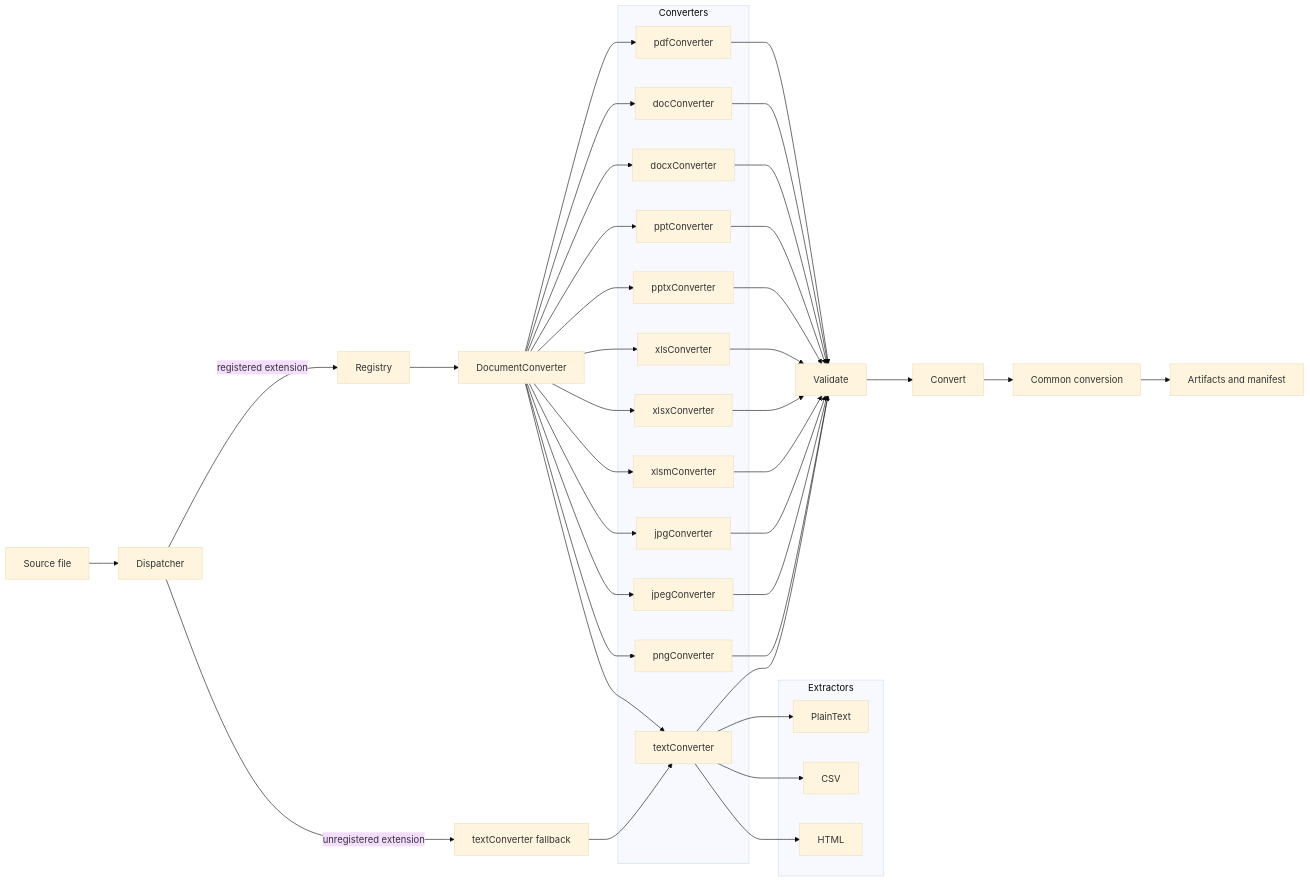
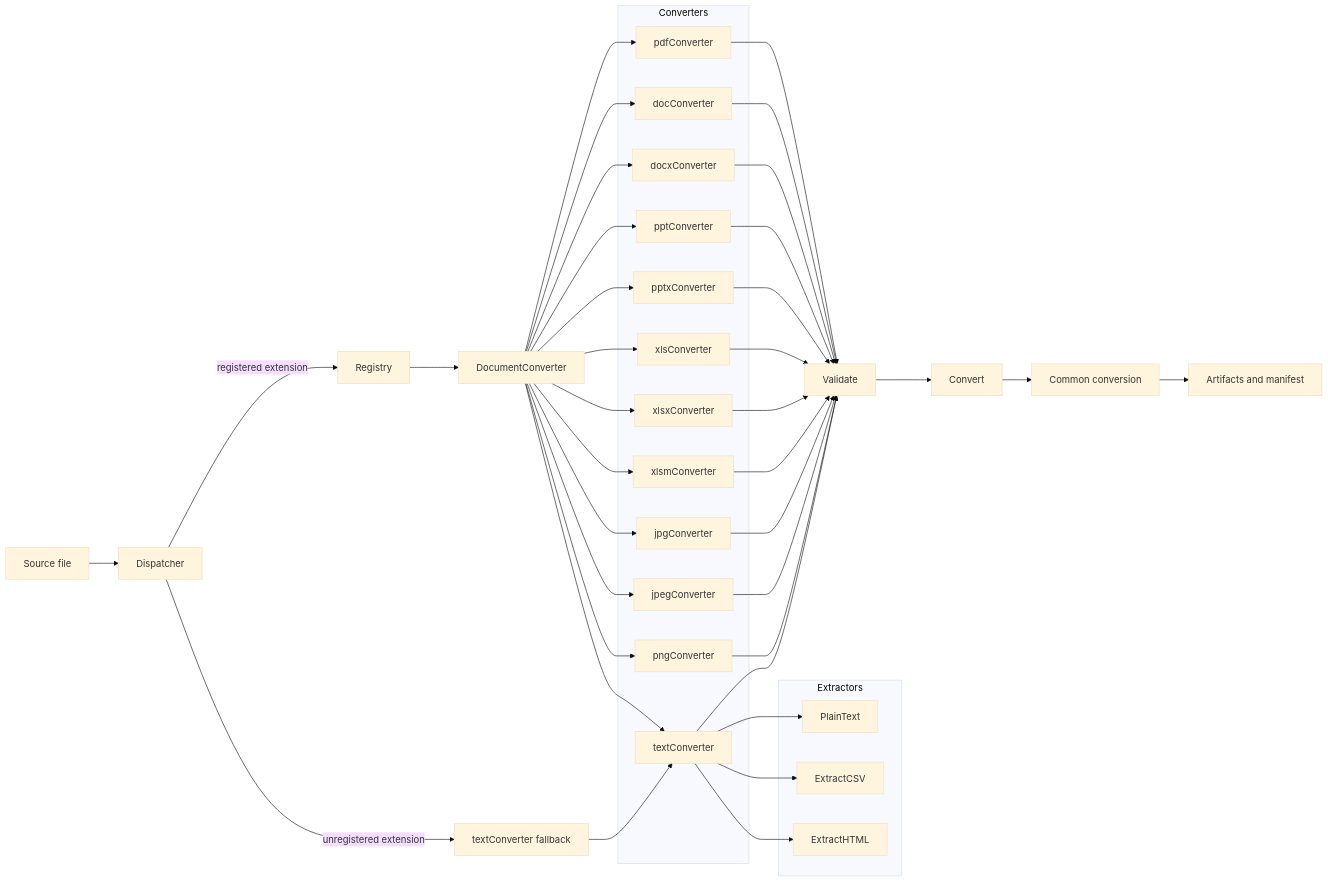
One commit to mochizuki875/llm-file-gateway changed the second of 4 diagrams in DESIGN.md. Above: the diagram before and after it, drawn with Mermaid (base theme). The commit also changed other lines of this file and 9 other files, not shown here.

````diff
--- a/DESIGN.md
+++ b/DESIGN.md
@@ -99,63 +98,63 @@
 ```mermaid
 flowchart LR
   S[Source file] --> D[Dispatcher]
   D -->|registered extension| R[Registry]
   D -->|unregistered extension| T[textConverter fallback]
   R --> P[DocumentConverter]
 
   subgraph Plugins[Converters]
     PDF[pdfConverter]
     DOC[docConverter]
     DOCX[docxConverter]
     PPT[pptConverter]
     PPTX[pptxConverter]
     XLS[xlsConverter]
     XLSX[xlsxConverter]
     XLSM[xlsmConverter]
     JPG[jpgConverter]
     JPEG[jpegConverter]
     PNG[pngConverter]
     Text[textConverter]
   end
 
   P --> PDF
   P --> DOC
   P --> DOCX
   P --> PPT
   P --> PPTX
   P --> XLS
   P --> XLSX
   P --> XLSM
   P --> JPG
   P --> JPEG
   P --> PNG
   P --> Text
   T --> Text
 
   PDF --> V[Validate]
   DOC --> V[Validate]
   DOCX --> V[Validate]
   PPT --> V[Validate]
   PPTX --> V[Validate]
   XLS --> V[Validate]
   XLSX --> V[Validate]
   XLSM --> V[Validate]
   JPG --> V[Validate]
   JPEG --> V[Validate]
   PNG --> V[Validate]
   Text --> V[Validate]
 
   Text --> Plain
   Text --> CSV
   Text --> HTML
 
   subgraph Extractors[Extractors]
     Plain[PlainText]
-    CSV[CSV]
-    HTML[HTML]
+    CSV[ExtractCSV]
+    HTML[ExtractHTML]
   end
 
   V --> C[Convert]
   C --> Convert[Common conversion]
   Convert --> Result[Artifacts and manifest]
 ```
````
